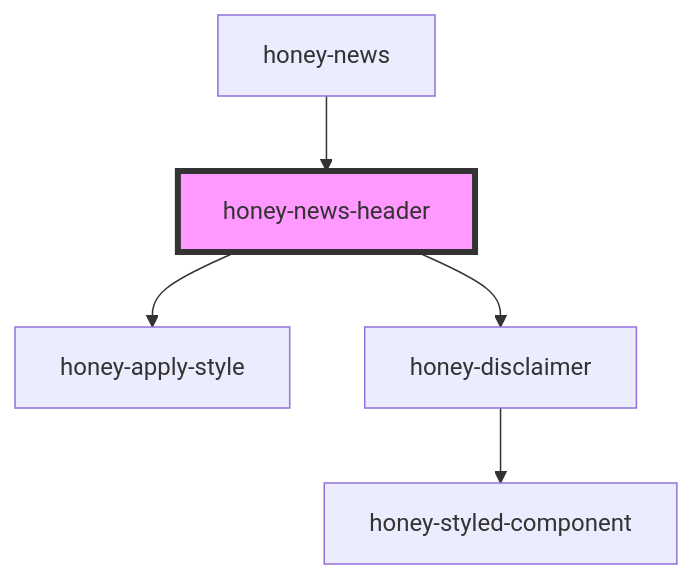
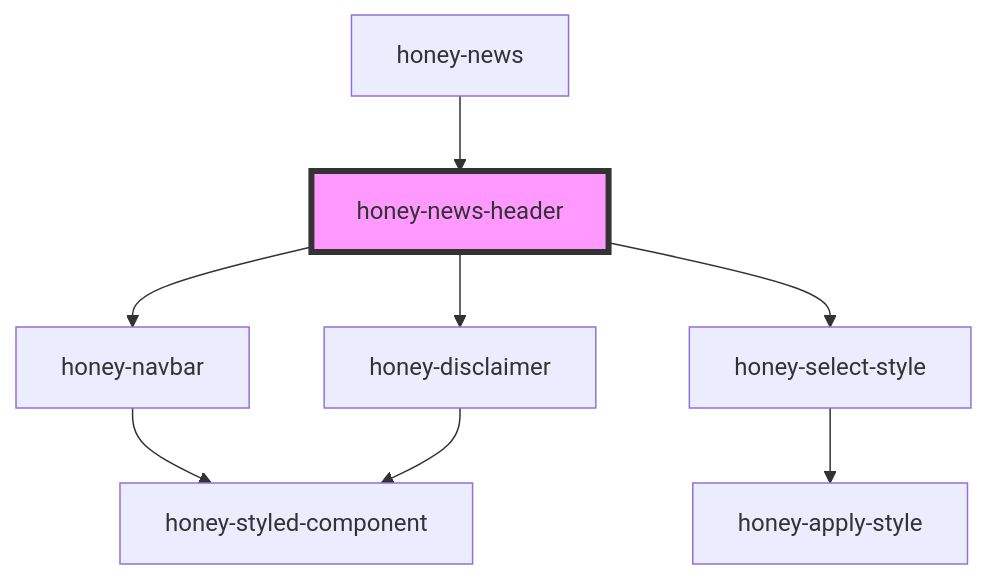
Before and after one commit to Huluvu424242/honey-news: the diagram in src/components/honey-news/header/readme.md, drawn with Mermaid. The commit also changed other lines of this file and 43 other files, not shown here.

````diff
--- a/src/components/honey-news/header/readme.md
+++ b/src/components/honey-news/header/readme.md
@@ -20,8 +21,11 @@
 ```mermaid
 graph TD;
-  honey-news-header --> honey-apply-style
+  honey-news-header --> honey-navbar
+  honey-news-header --> honey-select-style
   honey-news-header --> honey-disclaimer
+  honey-navbar --> honey-styled-component
+  honey-select-style --> honey-apply-style
   honey-disclaimer --> honey-styled-component
   honey-news --> honey-news-header
   style honey-news-header fill:#f9f,stroke:#333,stroke-width:4px
 ```
````
